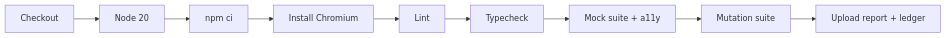
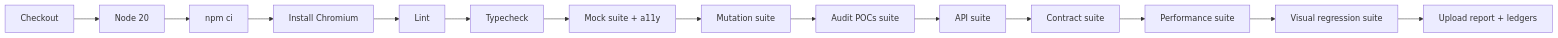
The fifth of 5 diagrams in README.md (criguex/civica-playwright-challenge), drawn with Mermaid before and after one commit. The commit also changed other lines of this file and 42 other files, not shown here.

First line of the commit message:
Full test catalog: UI, mutation, audit, API, contract, performance, visual (#1)

````diff
--- a/README.md
+++ b/README.md
@@ -432,11 +534,16 @@
 ```mermaid
 flowchart LR
   A[Checkout] --> B[Node 20]
   B --> C[npm ci]
   C --> D[Install Chromium]
   D --> E[Lint]
   E --> F[Typecheck]
   F --> G[Mock suite + a11y]
   G --> H[Mutation suite]
-  H --> I[Upload report + ledger]
+  H --> I[Audit POCs suite]
+  I --> K[API suite]
+  K --> L[Contract suite]
+  L --> M[Performance suite]
+  M --> N[Visual regression suite]
+  N --> J[Upload report + ledgers]
 ```
````
